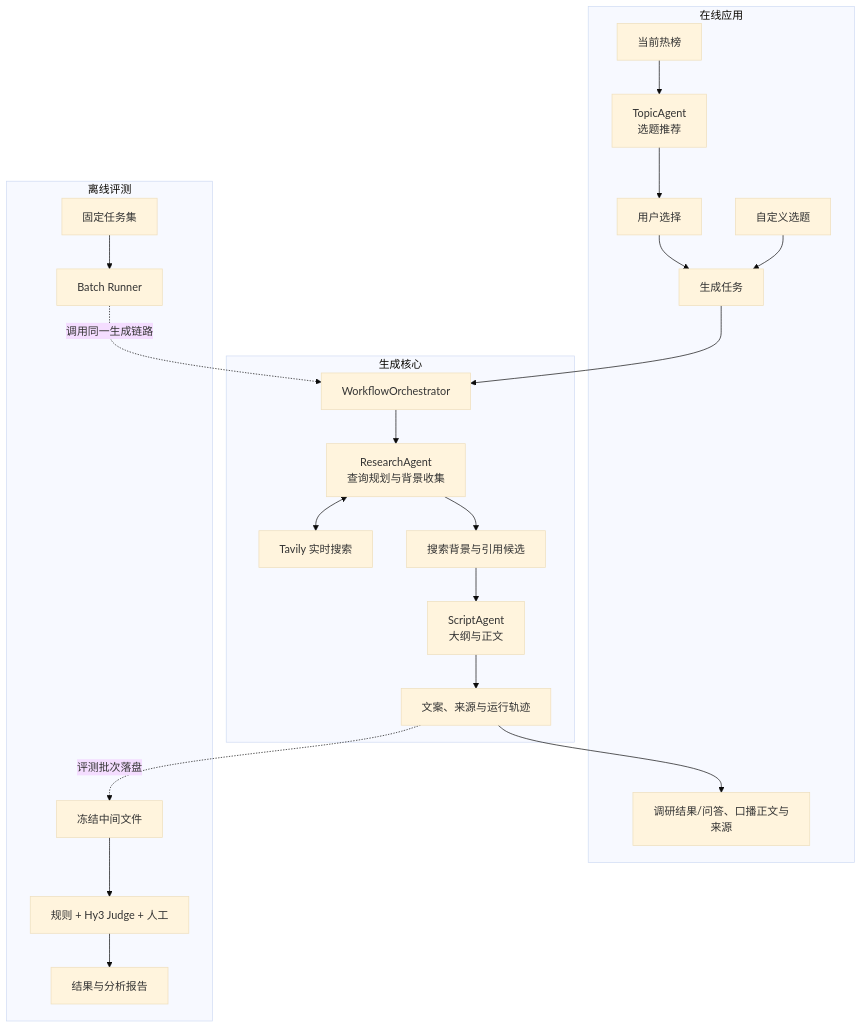
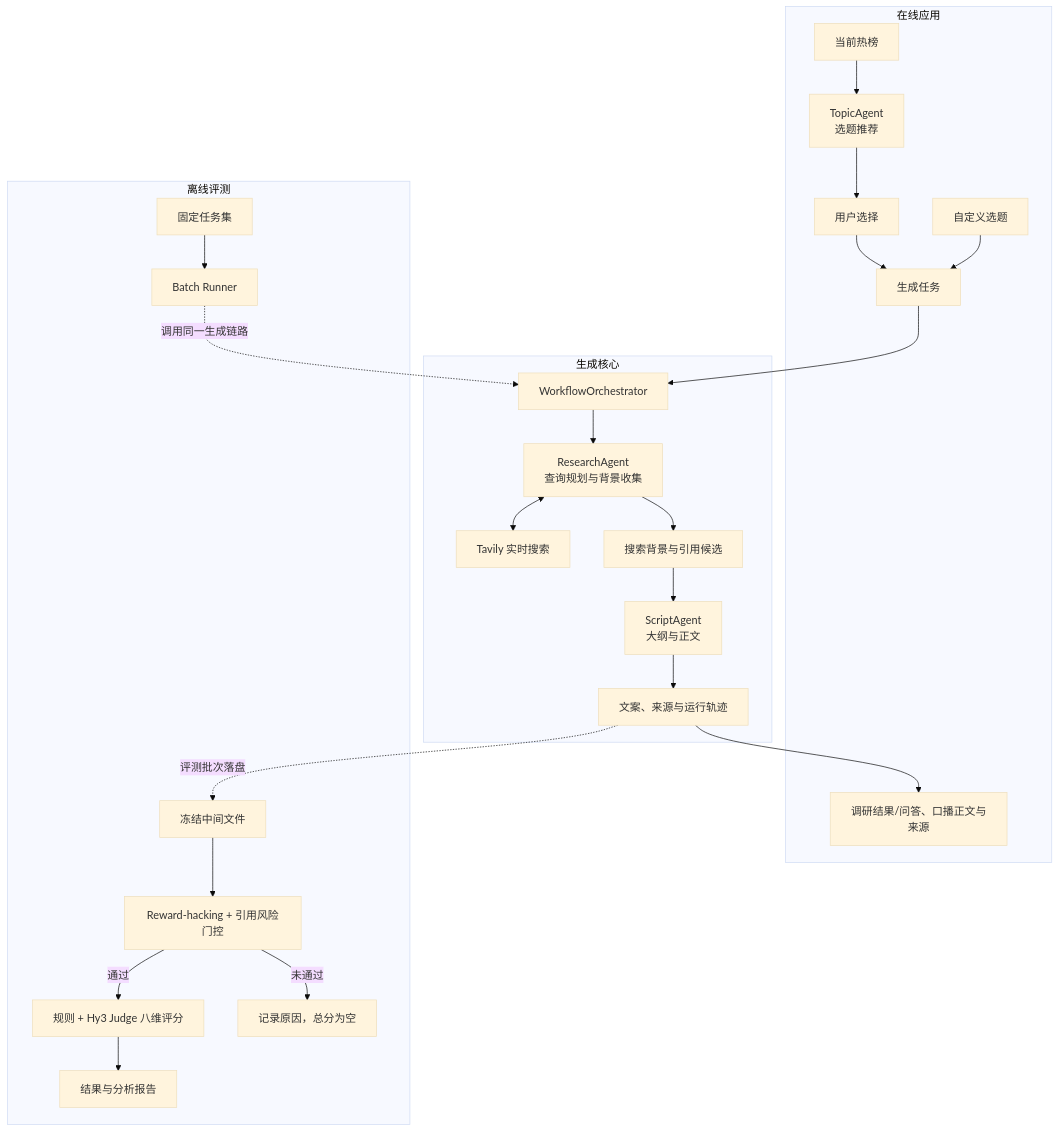
The diagram in PROJECT_PROPOSAL.md (moyitech/viral-script), drawn with Mermaid (base theme) before and after one commit. The commit also changed other lines of this file and 3728 other files, not shown here.

````diff
--- a/PROJECT_PROPOSAL.md
+++ b/PROJECT_PROPOSAL.md
@@ -48,29 +49,31 @@
 ```mermaid
 flowchart TB
     subgraph App[在线应用]
         Hotlist[当前热榜] --> Topic[TopicAgent<br/>选题推荐]
         Topic --> Pick[用户选择]
         Custom[自定义选题]
         Pick --> Task[生成任务]
         Custom --> Task
         Result[调研结果/问答、口播正文与来源]
     end
 
     subgraph Core[生成核心]
         Task --> Flow[WorkflowOrchestrator]
         Flow --> Research[ResearchAgent<br/>查询规划与背景收集]
         Research <--> Search[Tavily 实时搜索]
         Research --> Background[搜索背景与引用候选]
         Background --> Script[ScriptAgent<br/>大纲与正文]
         Script --> Artifact[文案、来源与运行轨迹]
         Artifact --> Result
     end
 
     subgraph Eval[离线评测]
         Dataset[固定任务集] --> Runner[Batch Runner]
         Runner -. 调用同一生成链路 .-> Flow
         Artifact -. 评测批次落盘 .-> Frozen[冻结中间文件]
-        Frozen --> Score[规则 + Hy3 Judge + 人工]
+        Frozen --> Gates[Reward-hacking + 引用风险门控]
+        Gates -->|通过| Score[规则 + Hy3 Judge 八维评分]
+        Gates -->|未通过| Blocked[记录原因，总分为空]
         Score --> Report[结果与分析报告]
     end
 ```
````
